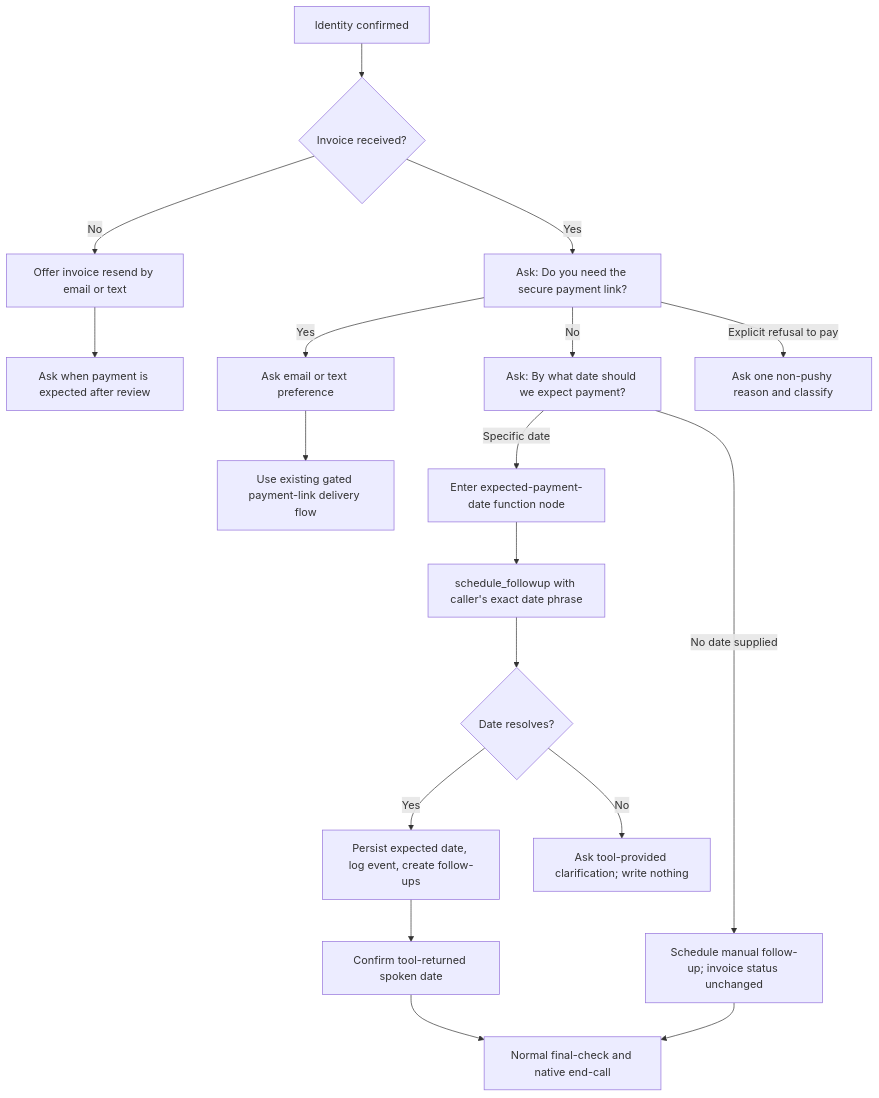
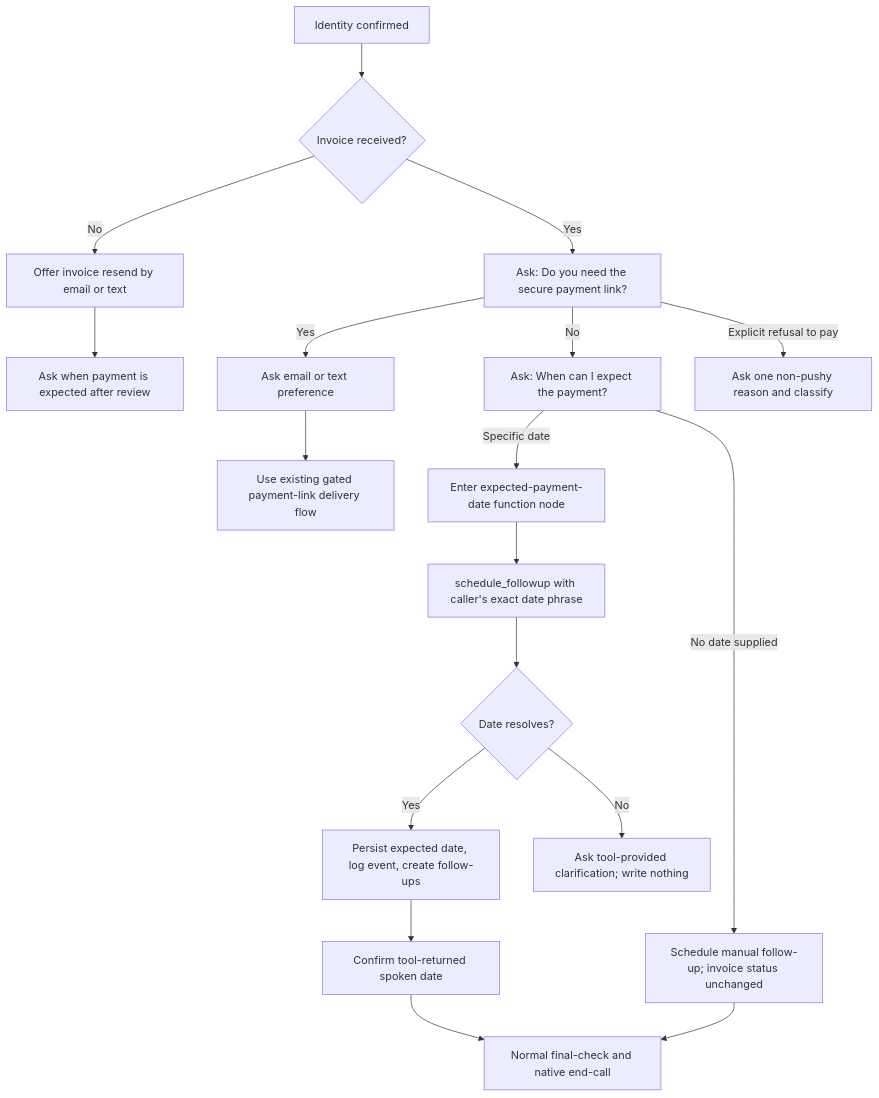
Before and after one commit to rizefr/RetellDemo: the diagram in RETELL_INSPECTION_FLOW_LOGIC_MAP.md, drawn with Mermaid. The commit also changed other lines of this file and 5 other files, not shown here.

Commit message:
Polish expected payment date close

````diff
--- a/RETELL_INSPECTION_FLOW_LOGIC_MAP.md
+++ b/RETELL_INSPECTION_FLOW_LOGIC_MAP.md
@@ -71,20 +71,20 @@
 ```mermaid
 flowchart TD
   A["Identity confirmed"] --> B{"Invoice received?"}
   B -->|No| C["Offer invoice resend by email or text"]
   C --> D["Ask when payment is expected after review"]
   B -->|Yes| E["Ask: Do you need the secure payment link?"]
   E -->|Yes| F["Ask email or text preference"]
   F --> G["Use existing gated payment-link delivery flow"]
-  E -->|No| H["Ask: By what date should we expect payment?"]
+  E -->|No| H["Ask: When can I expect the payment?"]
   H -->|Specific date| I["Enter expected-payment-date function node"]
   I --> Q["schedule_followup with caller's exact date phrase"]
   Q --> J{"Date resolves?"}
   J -->|Yes| K["Persist expected date, log event, create follow-ups"]
   J -->|No| L["Ask tool-provided clarification; write nothing"]
   H -->|No date supplied| M["Schedule manual follow-up; invoice status unchanged"]
   K --> N["Confirm tool-returned spoken date"]
   N --> O["Normal final-check and native end-call"]
   M --> O
   E -->|Explicit refusal to pay| P["Ask one non-pushy reason and classify"]
 ```
````
